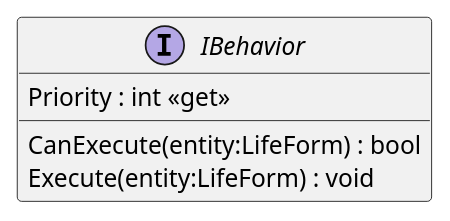
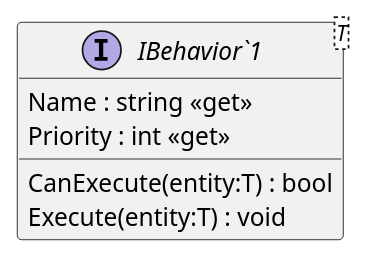
One commit to I42I/ecosystem changed the diagram in plantuml/Models/Behaviors/Base/IBehavior.puml. Above: the diagram before and after it, drawn with PlantUML. The commit also changed 64 other files, not shown here.

Commit message:
plantuml

```diff
--- a/plantuml/Models/Behaviors/Base/IBehavior.puml
+++ b/plantuml/Models/Behaviors/Base/IBehavior.puml
@@ -1,7 +1,8 @@
 @startuml
-interface IBehavior {
+interface "IBehavior`1"<T> {
+    Name : string <<get>>
     Priority : int <<get>>
-    CanExecute(entity:LifeForm) : bool
-    Execute(entity:LifeForm) : void
+    CanExecute(entity:T) : bool
+    Execute(entity:T) : void
 }
 @enduml
```
